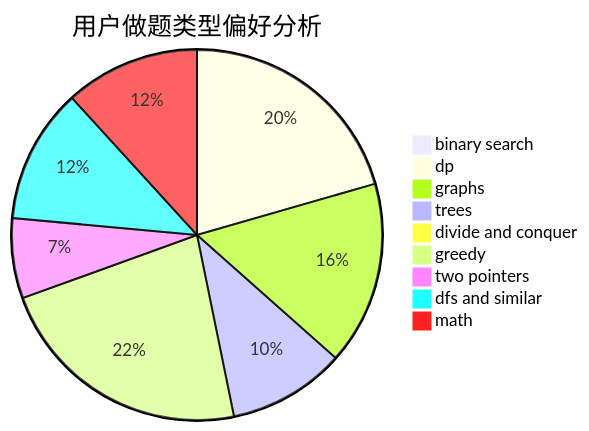
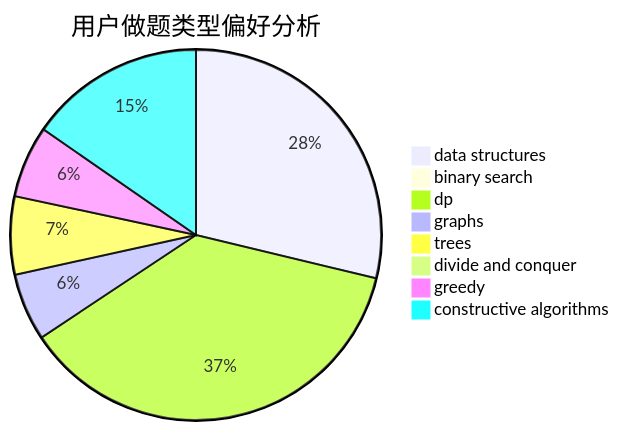
The second of 3 diagrams in docs/user/u1659.md (sherpahu/cfrs.github.io), drawn with Mermaid before and after one commit. The commit also changed other lines of this file and 2775 other files, not shown here.

````diff
--- a/docs/user/u1659.md
+++ b/docs/user/u1659.md
@@ -23,12 +23,11 @@
 ```mermaid
 pie title 用户做题类型偏好分析
-    "binary search" :  24
-    "dp" :  529
-    "graphs" :  412
-    "trees" :  264
-    "divide and conquer" :  12
-    "greedy" :  584
-    "two pointers" :  180
-    "dfs and similar" :  303
-    "math" :  303
+    "data structures" :  367
+    "binary search" :  12
+    "dp" :  471
+    "graphs" :  75
+    "trees" :  87
+    "divide and conquer" :  0
+    "greedy" :  80
+    "constructive algorithms" :  196
 ```
````
